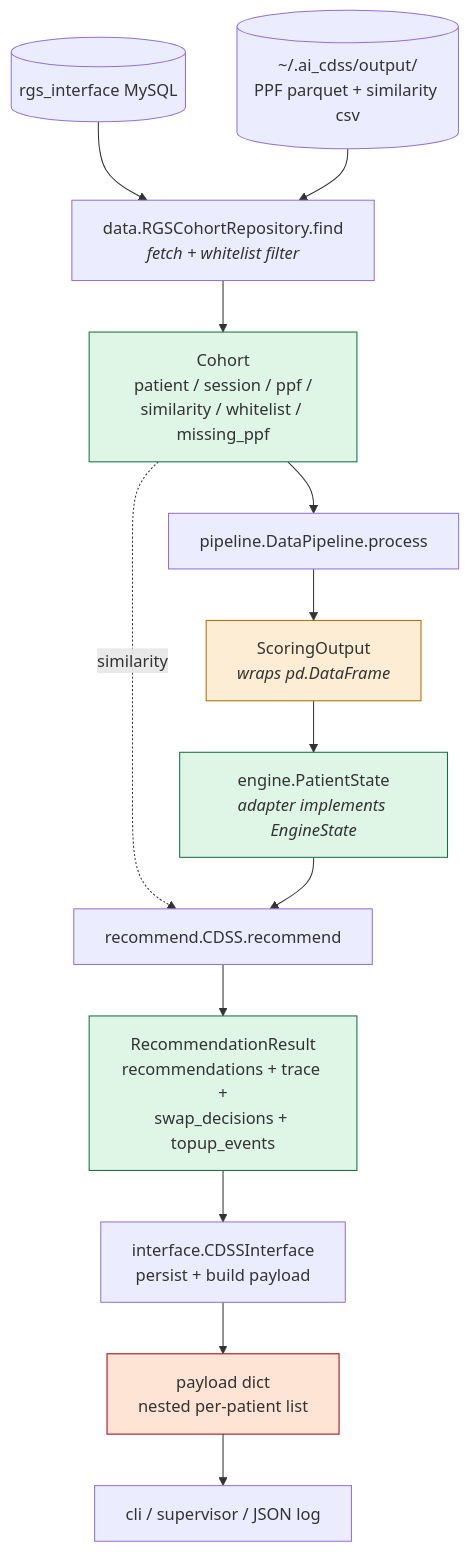
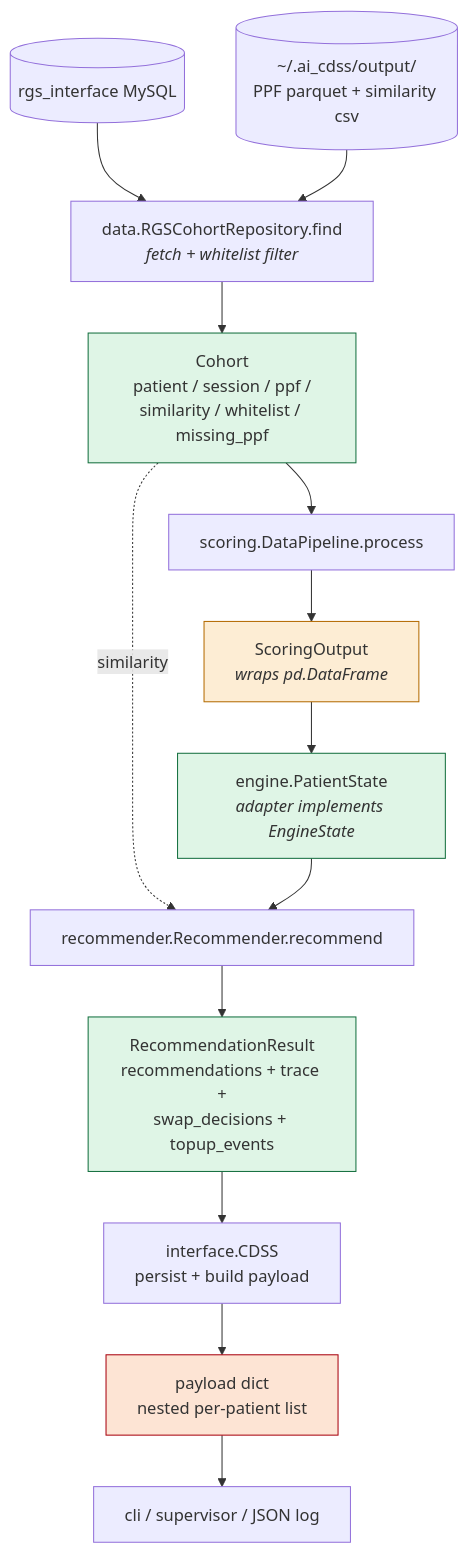
The first of 5 diagrams in docs/dataflow.md (dabadav/ai-cdss), drawn with Mermaid before and after one commit. The commit also changed other lines of this file and 23 other files, not shown here.

````diff
--- a/docs/dataflow.md
+++ b/docs/dataflow.md
@@ -14,34 +14,34 @@
 ```mermaid
 flowchart TD
     DB[("rgs_interface MySQL")]
     FS[("~/.ai_cdss/output/<br/>PPF parquet + similarity csv")]
     REPO["data.RGSCohortRepository.find<br/><i>fetch + whitelist filter</i>"]
     COHORT["Cohort<br/>patient / session / ppf /<br/>similarity / whitelist / missing_ppf"]
-    PIPE["pipeline.DataPipeline.process"]
+    PIPE["scoring.DataPipeline.process"]
     SO["ScoringOutput<br/><i>wraps pd.DataFrame</i>"]
     STATE["engine.PatientState<br/><i>adapter implements EngineState</i>"]
-    CDSS["recommend.CDSS.recommend"]
+    CDSS["recommender.Recommender.recommend"]
     RESULT["RecommendationResult<br/>recommendations + trace +<br/>swap_decisions + topup_events"]
-    IFACE["interface.CDSSInterface<br/>persist + build payload"]
+    IFACE["interface.CDSS<br/>persist + build payload"]
     PAYLOAD["payload dict<br/>nested per-patient list"]
     CONSUMER["cli / supervisor / JSON log"]
 
     DB --> REPO
     FS --> REPO
     REPO --> COHORT
     COHORT --> PIPE
     PIPE --> SO
     SO --> STATE
     COHORT -. similarity .-> CDSS
     STATE --> CDSS
     CDSS --> RESULT
     RESULT --> IFACE
     IFACE --> PAYLOAD
     PAYLOAD --> CONSUMER
 
     style PAYLOAD fill:#fde4d4,stroke:#a8000d
     style COHORT fill:#dff5e6,stroke:#136f3e
     style RESULT fill:#dff5e6,stroke:#136f3e
     style STATE fill:#dff5e6,stroke:#136f3e
     style SO fill:#fdedd4,stroke:#b46b00
 ```
````
